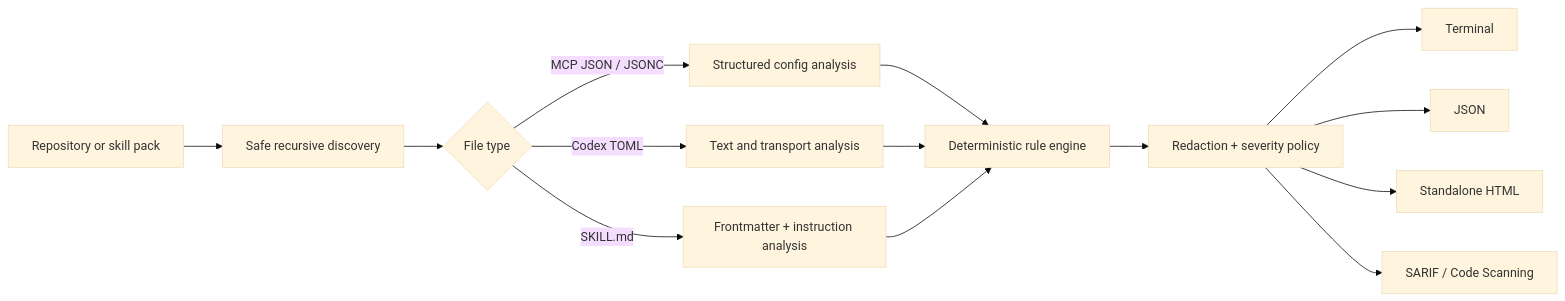
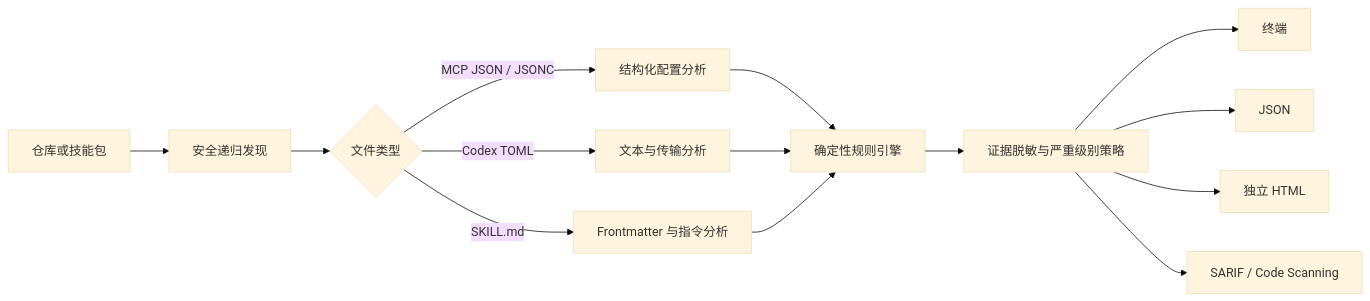
Before and after one commit to abc123dx/agent-skill-aegis: the diagram in README.md, drawn with Mermaid (base theme). The commit also changed other lines of this file and 35 other files, not shown here.

````diff
--- a/README.md
+++ b/README.md
@@ -118,16 +116,16 @@
 ```mermaid
 flowchart LR
-  A["Repository or skill pack"] --> B["Safe recursive discovery"]
-  B --> C{"File type"}
-  C -->|"MCP JSON / JSONC"| D["Structured config analysis"]
-  C -->|"Codex TOML"| E["Text and transport analysis"]
-  C -->|"SKILL.md"| F["Frontmatter + instruction analysis"]
-  D --> G["Deterministic rule engine"]
+  A["仓库或技能包"] --> B["安全递归发现"]
+  B --> C{"文件类型"}
+  C -->|"MCP JSON / JSONC"| D["结构化配置分析"]
+  C -->|"Codex TOML"| E["文本与传输分析"]
+  C -->|"SKILL.md"| F["Frontmatter 与指令分析"]
+  D --> G["确定性规则引擎"]
   E --> G
   F --> G
-  G --> H["Redaction + severity policy"]
-  H --> I["Terminal"]
+  G --> H["证据脱敏与严重级别策略"]
+  H --> I["终端"]
   H --> J["JSON"]
-  H --> K["Standalone HTML"]
+  H --> K["独立 HTML"]
   H --> L["SARIF / Code Scanning"]
 ```
````
